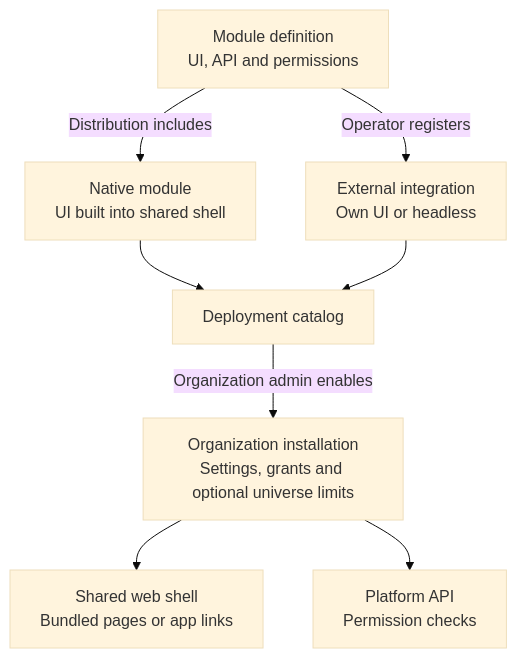
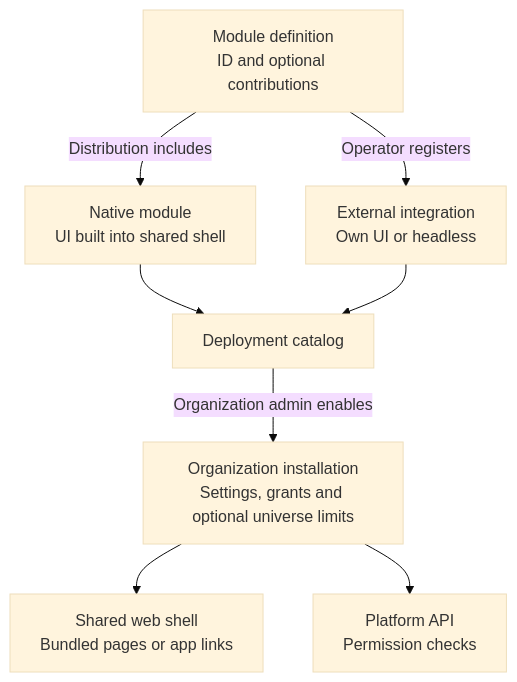
The first of 4 diagrams in docs/roadmap/later/pNNN-platform-modules.md (smartcomputer-ai/lightspeed), drawn with Mermaid (base theme) before and after one commit. The commit also changed other lines of this file, not shown here.

Commit message:
Clarify module ownership and shared design questions

````diff
--- a/docs/roadmap/later/pNNN-platform-modules.md
+++ b/docs/roadmap/later/pNNN-platform-modules.md
@@ -22,11 +22,11 @@
 ```mermaid
 flowchart TB
-    definition["Module definition<br/>UI, API and permissions"]
+    definition["Module definition<br/>ID and optional contributions"]
     definition -->|Distribution includes| native["Native module<br/>UI built into shared shell"]
     definition -->|Operator registers| external["External integration<br/>Own UI or headless"]
     native --> catalog["Deployment catalog"]
     external --> catalog
     catalog -->|Organization admin enables| installation["Organization installation<br/>Settings, grants and optional universe limits"]
     installation --> shell["Shared web shell<br/>Bundled pages or app links"]
     installation --> api["Platform API<br/>Permission checks"]
 ```
````
